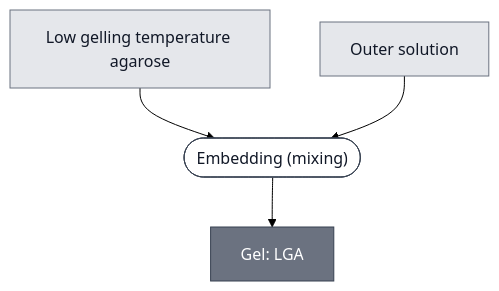
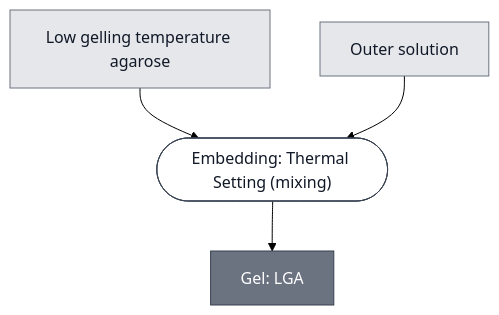
The diagram in docs/modules/gel-lga/spec.md (nucleus-eng/nucleus-docs), drawn with Mermaid (forest theme) before and after one commit. The commit also changed other lines of this file and 6 other files, not shown here.

````diff
--- a/docs/modules/gel-lga/spec.md
+++ b/docs/modules/gel-lga/spec.md
@@ -37,24 +29,24 @@
 ```mermaid
 flowchart TD
     LGA_POWDER["Low gelling temperature agarose"]
     OUTER_SOLUTION["Outer solution"]
 
-    P1_SET_THERMAL_0(["Embedding (mixing)"])
+    P1_SET_THERMAL_0(["Embedding: Thermal Setting (mixing)"])
     GEL_LGA["Gel: LGA"]
 
     LGA_POWDER --> P1_SET_THERMAL_0
     OUTER_SOLUTION --> P1_SET_THERMAL_0
     P1_SET_THERMAL_0 --> GEL_LGA
 
 
     classDef leaf     fill:#e5e7eb,stroke:#6b7280,color:#111827;
     classDef composed fill:#6b7280,stroke:#374151,color:#ffffff;
     classDef process  fill:#ffffff,stroke:#374151,color:#111827;
     class LGA_POWDER,OUTER_SOLUTION leaf;
     class GEL_LGA composed;
     class P1_SET_THERMAL_0 process;
 
     click OUTER_SOLUTION "/docs/modules/outer-solution/spec"
-    click P1_SET_THERMAL_0 "/docs/processes/embed-hydrogel/main"
+    click P1_SET_THERMAL_0 "/docs/processes/embed-thermal-setting/main"
     click GEL_LGA "/docs/modules/gel-lga/spec"
 ```
````
